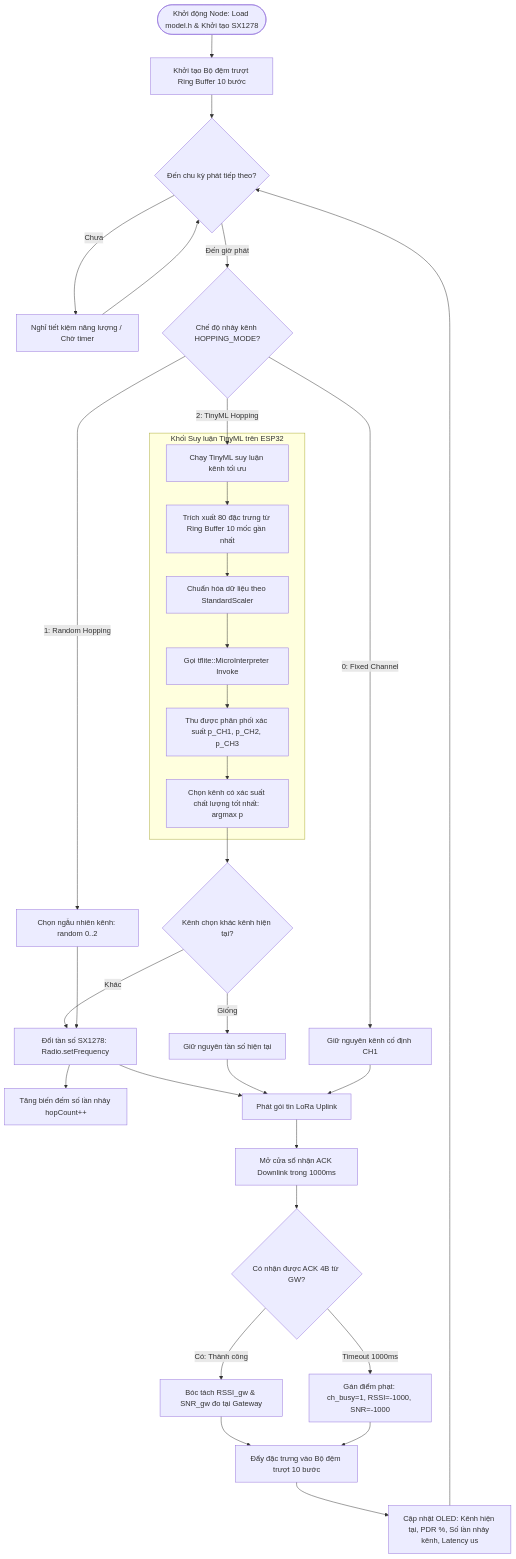
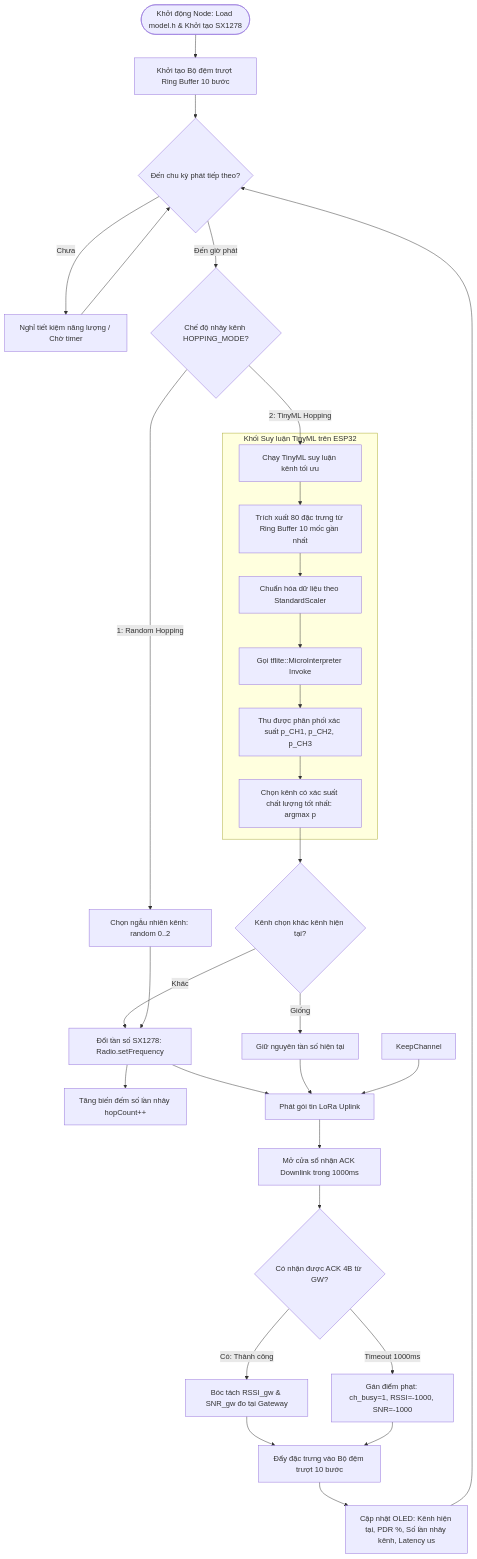
One commit to Brauuwu/LoRa_TinyML_Hopping changed the seventh of 7 diagrams in docs/SO_DO_KET_NOI_PHAN_CUNG_VA_FIRMWARE.md. Above: the diagram before and after it, drawn with Mermaid. The commit also changed 39 other files, not shown here.

````diff
--- a/docs/SO_DO_KET_NOI_PHAN_CUNG_VA_FIRMWARE.md
+++ b/docs/SO_DO_KET_NOI_PHAN_CUNG_VA_FIRMWARE.md
@@ -373,38 +373,37 @@
 ```mermaid
 flowchart TD
     Setup([Khởi động Node: Load model.h & Khởi tạo SX1278]) --> InitBuffer[Khởi tạo Bộ đệm trượt Ring Buffer 10 bước]
     InitBuffer --> WaitTxTimer{Đến chu kỳ phát tiếp theo?}
   
     WaitTxTimer -- Chưa --> YieldCPU[Nghỉ tiết kiệm năng lượng / Chờ timer] --> WaitTxTimer
     WaitTxTimer -- Đến giờ phát --> ModeSelect{Chế độ nhảy kênh HOPPING_MODE?}
   
-    ModeSelect -- 0: Fixed Channel --> KeepChannel[Giữ nguyên kênh cố định CH1]
     ModeSelect -- 1: Random Hopping --> RndChannel[Chọn ngẫu nhiên kênh: random 0..2]
     ModeSelect -- 2: TinyML Hopping --> ML_Inference[Chạy TinyML suy luận kênh tối ưu]
   
     subgraph INFERENCE_BLOCK [Khối Suy luận TinyML trên ESP32]
         ML_Inference --> ExtractFeat[Trích xuất 80 đặc trưng từ Ring Buffer 10 mốc gần nhất]
         ExtractFeat --> ScaleFeat[Chuẩn hóa dữ liệu theo StandardScaler]
         ScaleFeat --> TFLiteInvoke[Gọi tflite::MicroInterpreter Invoke]
         TFLiteInvoke --> SoftmaxOut[Thu được phân phối xác suất p_CH1, p_CH2, p_CH3]
         SoftmaxOut --> ArgMax[Chọn kênh có xác suất chất lượng tốt nhất: argmax p]
     end
 
     ArgMax --> CheckChange{Kênh chọn khác kênh hiện tại?}
     CheckChange -- Khác --> TuneRadio[Đổi tần số SX1278: Radio.setFrequency] --> IncHop[Tăng biến đếm số lần nhảy hopCount++]
     CheckChange -- Giống --> SkipTune[Giữ nguyên tần số hiện tại]
   
     TuneRadio --> SendPkt[Phát gói tin LoRa Uplink]
     SkipTune --> SendPkt
     KeepChannel --> SendPkt
     RndChannel --> TuneRadio
   
     SendPkt --> WaitAck[Mở cửa sổ nhận ACK Downlink trong 1000ms]
     WaitAck --> CheckAckResult{Có nhận được ACK 4B từ GW?}
     CheckAckResult -- Có: Thành công --> ParseAck[Bóc tách RSSI_gw & SNR_gw đo tại Gateway]
     CheckAckResult -- Timeout 1000ms --> SetPenalty[Gán điểm phạt: ch_busy=1, RSSI=-1000, SNR=-1000]
     ParseAck --> PushBuffer[Đẩy đặc trưng vào Bộ đệm trượt 10 bước]
     SetPenalty --> PushBuffer
     PushBuffer --> UpdateOLED[Cập nhật OLED: Kênh hiện tại, PDR %, Số lần nhảy kênh, Latency us]
     UpdateOLED --> WaitTxTimer
 ```
````
